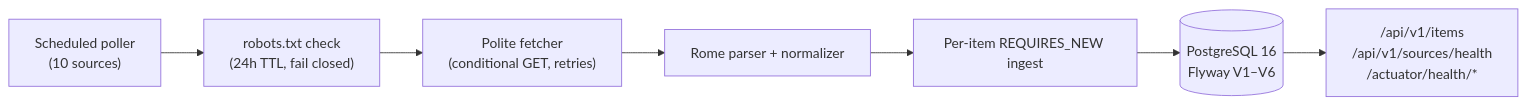
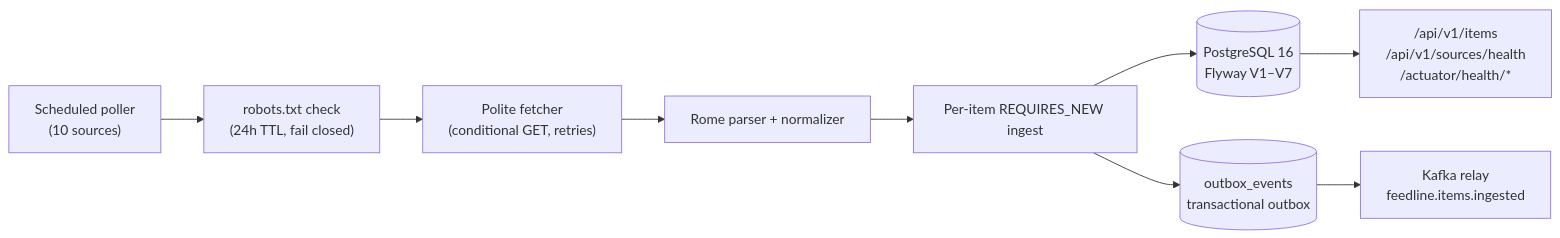
Before and after one commit to kopekijay11-hub/feedline: the diagram in README.md, drawn with Mermaid. The commit also changed other lines of this file and 14 other files, not shown here.

Commit message:
feat: add transactional outbox and Kafka relay seam

````diff
--- a/README.md
+++ b/README.md
@@ -49,9 +49,11 @@
 ```mermaid
 flowchart LR
     S["Scheduled poller<br/>(10 sources)"] --> R["robots.txt check<br/>(24h TTL, fail closed)"]
     R --> F["Polite fetcher<br/>(conditional GET, retries)"]
     F --> P["Rome parser + normalizer"]
     P --> I["Per-item REQUIRES_NEW ingest"]
-    I --> DB[("PostgreSQL 16<br/>Flyway V1–V6")]
+    I --> DB[("PostgreSQL 16<br/>Flyway V1–V7")]
+    I --> O[("outbox_events<br/>transactional outbox")]
+    O --> K["Kafka relay<br/>feedline.items.ingested"]
     DB --> A["/api/v1/items<br/>/api/v1/sources/health<br/>/actuator/health/*"]
 ```
````
